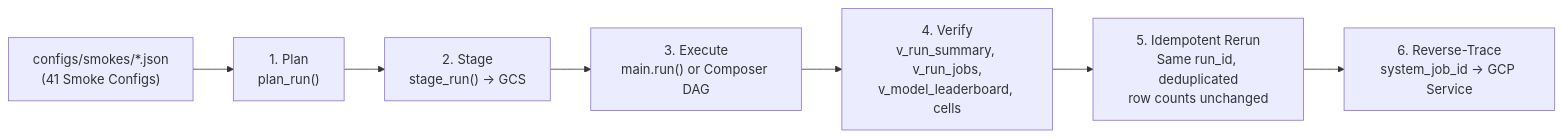
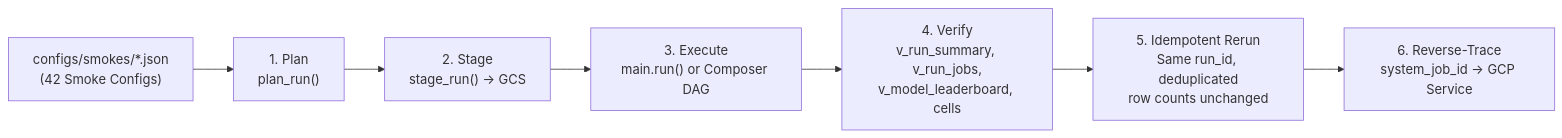
The diagram in docs/smoke_testing.md (statmike/scale-forecasting), drawn with Mermaid before and after one commit. The commit also changed other lines of this file and 102 other files, not shown here.

````diff
--- a/docs/smoke_testing.md
+++ b/docs/smoke_testing.md
@@ -10,9 +10,9 @@
 ```mermaid
 flowchart LR
-    Cfg["configs/smokes/*.json\n(41 Smoke Configs)"] --> Dry["1. Plan\nplan_run()"]
-    Dry --> Stage["2. Stage\nstage_run() -> GCS"]
-    Stage --> Run["3. Execute\nmain.run() or Composer DAG"]
-    Run --> Verify["4. Verify\nv_run_summary, v_run_jobs,\nv_model_leaderboard, cells"]
-    Verify --> Rerun["5. Idempotent Rerun\nSame run_id, deduplicated\nrow counts unchanged"]
-    Rerun --> Trace["6. Reverse-Trace\nsystem_job_id -> GCP Service"]
+    Cfg["configs/smokes/*.json<br/>(42 Smoke Configs)"] --> Dry["1. Plan<br/>plan_run()"]
+    Dry --> Stage["2. Stage<br/>stage_run() -> GCS"]
+    Stage --> Run["3. Execute<br/>main.run() or Composer DAG"]
+    Run --> Verify["4. Verify<br/>v_run_summary, v_run_jobs,<br/>v_model_leaderboard, cells"]
+    Verify --> Rerun["5. Idempotent Rerun<br/>Same run_id, deduplicated<br/>row counts unchanged"]
+    Rerun --> Trace["6. Reverse-Trace<br/>system_job_id -> GCP Service"]
 ```
````
